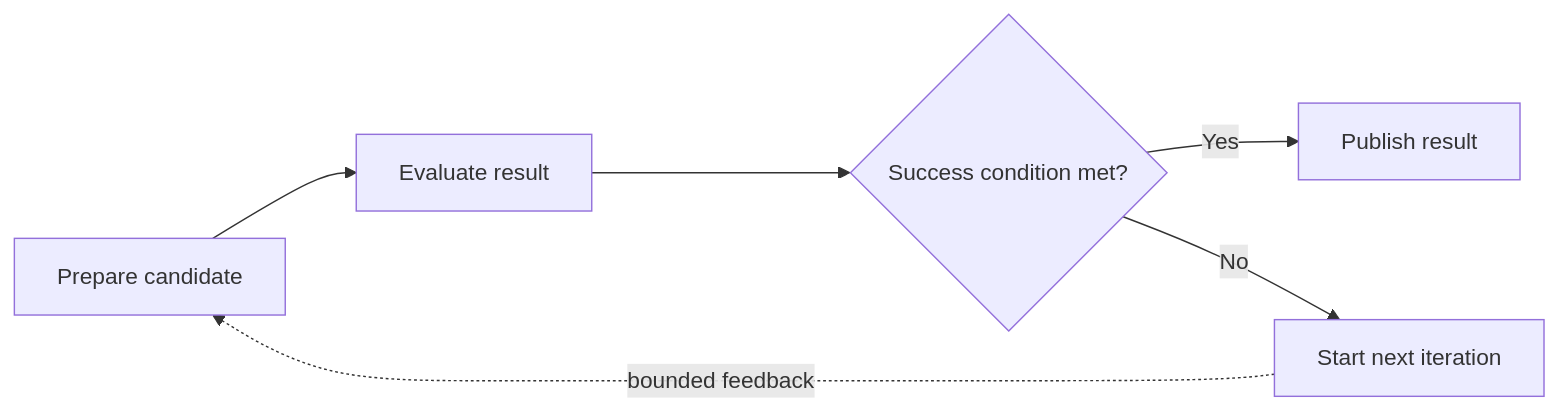
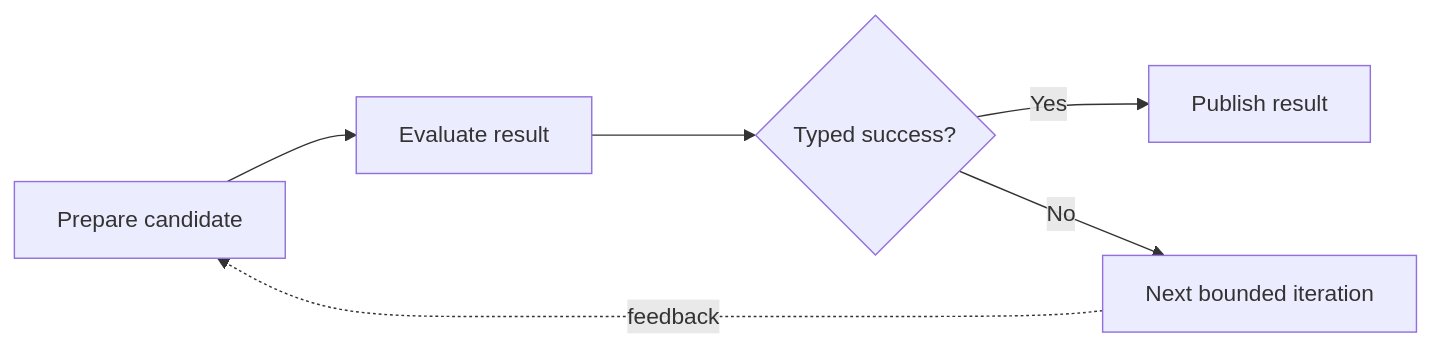
Before and after one commit to Hypabolic/Hypagraph: the diagram in README.md, drawn with Mermaid. The commit also changed other lines of this file, not shown here.

````diff
--- a/README.md
+++ b/README.md
@@ -9,8 +11,8 @@
 ```mermaid
 flowchart LR
     A[Prepare candidate] --> B[Evaluate result]
-    B --> C{Success condition met?}
+    B --> C{Typed success?}
     C -- Yes --> D[Publish result]
-    C -- No --> E[Start next iteration]
-    E -. bounded feedback .-> A
+    C -- No --> E[Next bounded iteration]
+    E -. feedback .-> A
 ```
````
